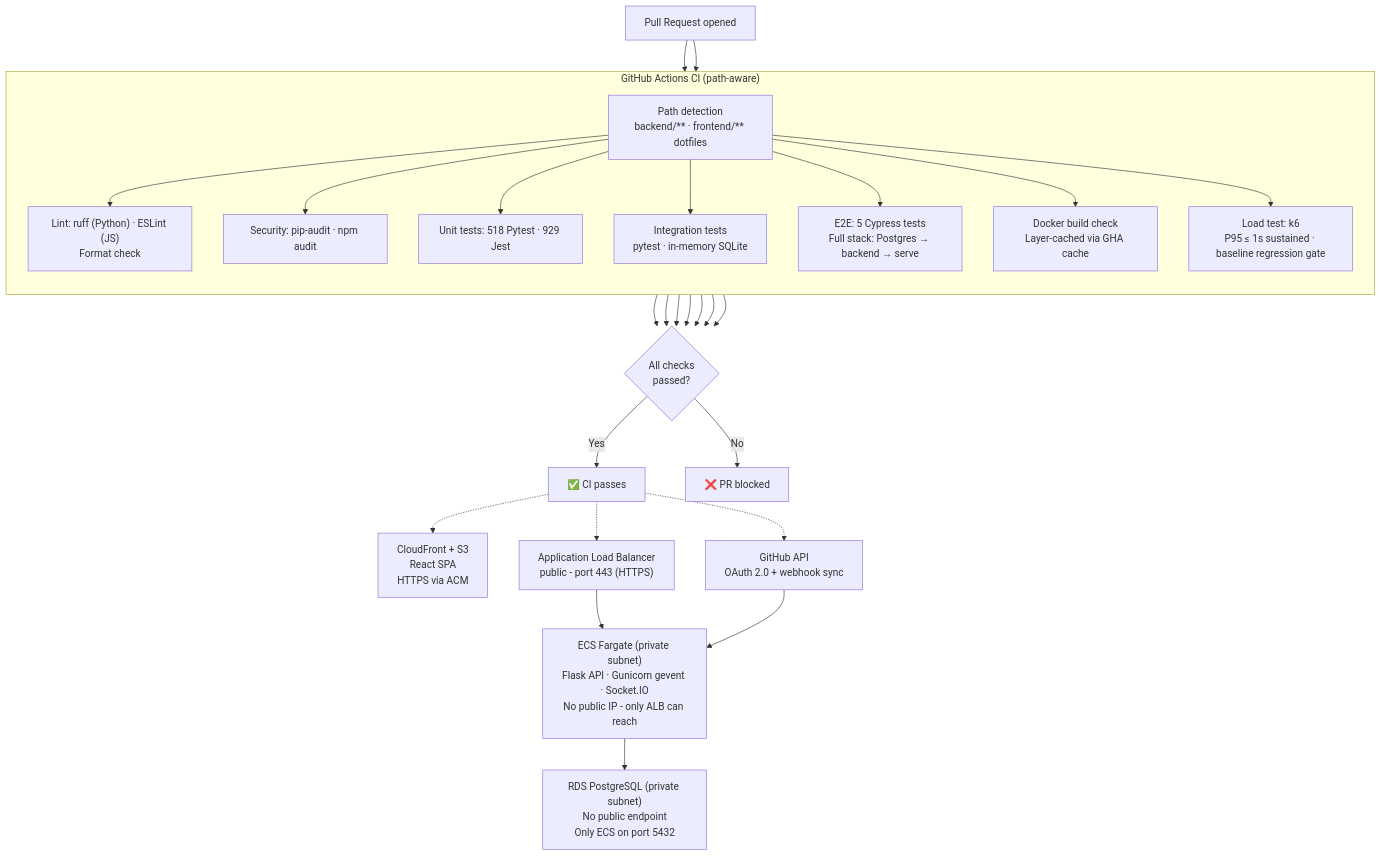
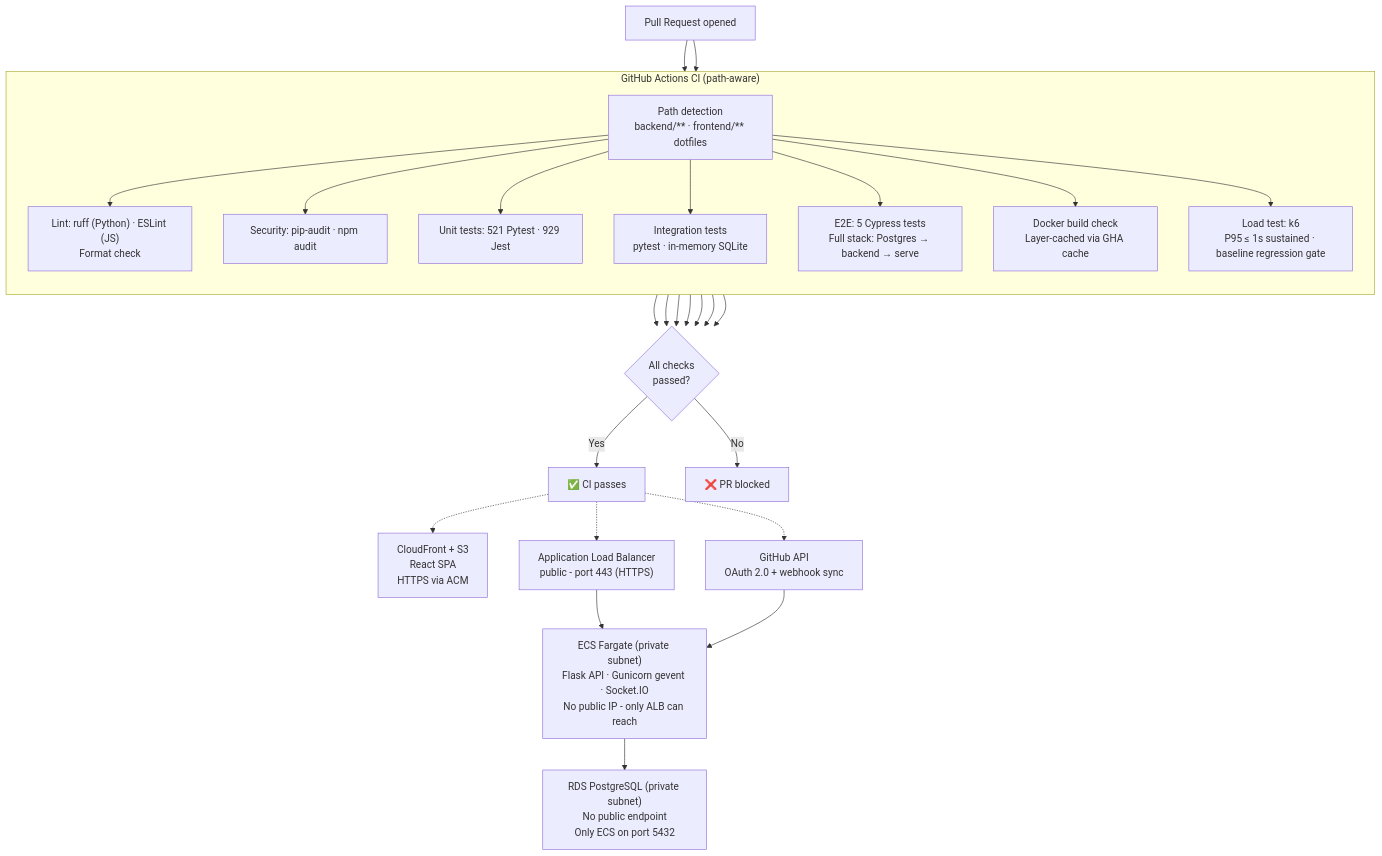
One commit to AhmedIkram05/devsync changed the first of 6 diagrams in README.md. Above: the diagram before and after it, drawn with Mermaid. The commit also changed other lines of this file and 2 other files, not shown here.

````diff
--- a/README.md
+++ b/README.md
@@ -61,39 +61,39 @@
 ```mermaid
 flowchart TD
     PR[Pull Request opened] --> CI
  
     subgraph CI["GitHub Actions CI (path-aware)"]
         direction TB
         changes["Path detection\nbackend/** · frontend/** dotfiles"]
         lint["Lint: ruff (Python) · ESLint (JS)\nFormat check"]
         security["Security: pip-audit · npm audit"]
-        unit["Unit tests: 518 Pytest · 929 Jest"]
+        unit["Unit tests: 521 Pytest · 929 Jest"]
         integration["Integration tests\npytest · in-memory SQLite"]
 e2e["E2E: 5 Cypress tests\nFull stack: Postgres → backend → serve"]
         docker["Docker build check\nLayer-cached via GHA cache"]
         load["Load test: k6\nP95 ≤ 1s sustained · baseline regression gate"]
     end
   
     PR --> changes
     changes --> lint
     changes --> security
     changes --> unit
     changes --> integration
     changes --> e2e
     changes --> docker
     changes --> load
     lint & security & unit & integration & e2e & docker & load --> Gate{"All checks\npassed?"}
     Gate -->|"Yes"| DeployOK["✅ CI passes"]
     Gate -->|"No"| DeployFail["❌ PR blocked"]
  
     DeployOK -.-> CF["CloudFront + S3\nReact SPA\nHTTPS via ACM"]
     DeployOK -.-> ALB["Application Load Balancer\npublic - port 443 (HTTPS)"]
     DeployOK -.-> GH["GitHub API\nOAuth 2.0 + webhook sync"]
  
     ALB --> ECS
     GH --> ECS
  
     ECS["ECS Fargate (private subnet)\nFlask API · Gunicorn gevent · Socket.IO\nNo public IP - only ALB can reach"]
  
     ECS --> RDS["RDS PostgreSQL (private subnet)\nNo public endpoint\nOnly ECS on port 5432"]
 ```
````
